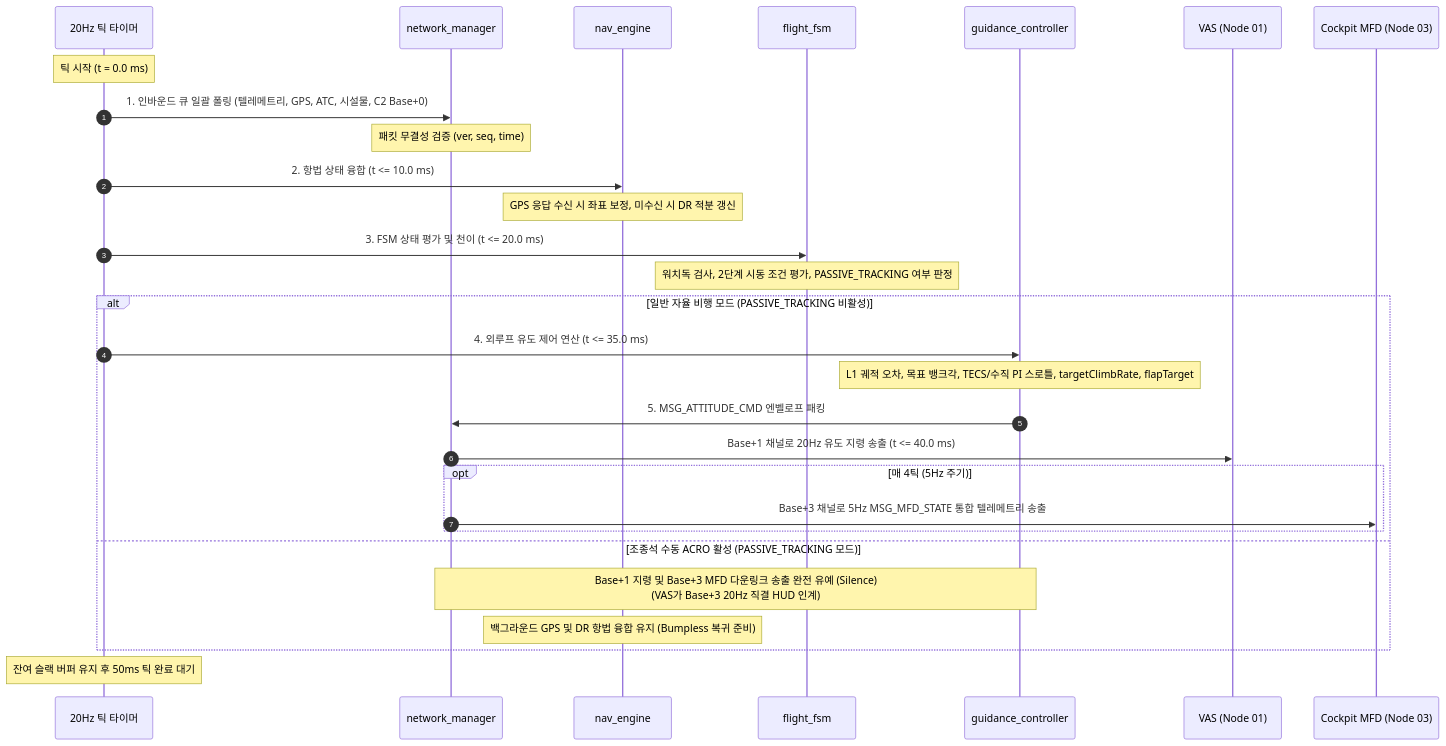
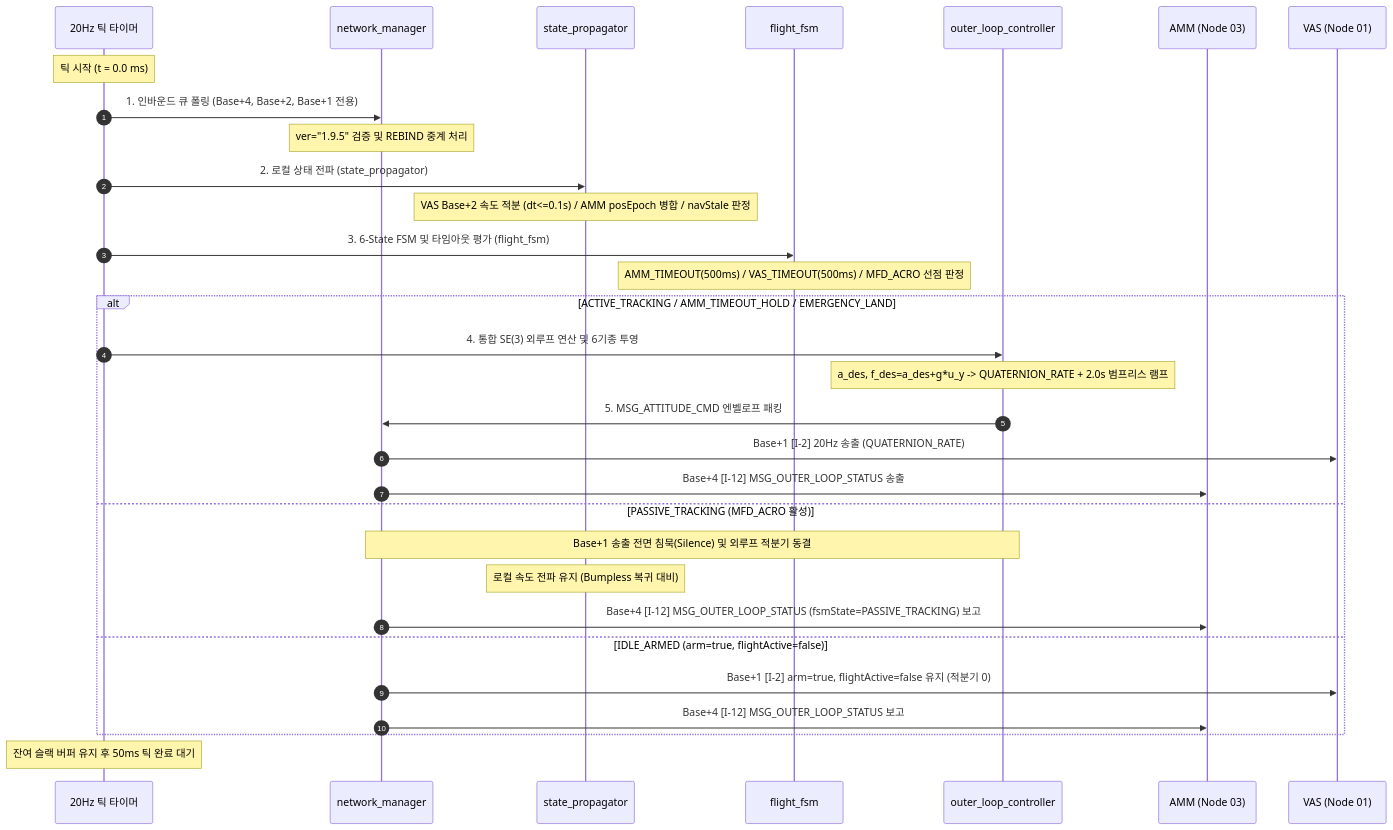
The third of 5 diagrams in docs/specs/2_guidance/fcp/FCP_PROGRAM_SPECIFICATION.md (Polimachi/Aeroneutics_Autopilot), drawn with Mermaid before and after one commit. The commit also changed other lines of this file and 18 other files, not shown here.

Commit message:
docs(specs): shrink FCP to SE(3) outer-loop and migrate gateway/nav/mission ownership to AMM (TASK-206)

````diff
--- a/docs/specs/2_guidance/fcp/FCP_PROGRAM_SPECIFICATION.md
+++ b/docs/specs/2_guidance/fcp/FCP_PROGRAM_SPECIFICATION.md
@@ -256,35 +216,37 @@
 ```mermaid
 sequenceDiagram
     autonumber
     participant T as 20Hz 틱 타이머
     participant N as network_manager
-    participant NV as nav_engine
+    participant P as state_propagator
     participant F as flight_fsm
-    participant G as guidance_controller
-    participant C as VAS (Node 01)
-    participant M as Cockpit MFD (Node 03)
+    participant O as outer_loop_controller
+    participant A as AMM (Node 03)
+    participant V as VAS (Node 01)
 
     Note over T: 틱 시작 (t = 0.0 ms)
-    T->>N: 1. 인바운드 큐 일괄 폴링 (텔레메트리, GPS, ATC, 시설물, C2 Base+0)
-    Note over N: 패킷 무결성 검증 (ver, seq, time)
+    T->>N: 1. 인바운드 큐 폴링 (Base+4, Base+2, Base+1 전용)
+    Note over N: ver="1.9.5" 검증 및 REBIND 중계 처리
 
-    T->>NV: 2. 항법 상태 융합 (t <= 10.0 ms)
-    Note over NV: GPS 응답 수신 시 좌표 보정, 미수신 시 DR 적분 갱신
+    T->>P: 2. 로컬 상태 전파 (state_propagator)
+    Note over P: VAS Base+2 속도 적분 (dt<=0.1s) / AMM posEpoch 병합 / navStale 판정
 
-    T->>F: 3. FSM 상태 평가 및 천이 (t <= 20.0 ms)
-    Note over F: 워치독 검사, 2단계 시동 조건 평가, PASSIVE_TRACKING 여부 판정
+    T->>F: 3. 6-State FSM 및 타임아웃 평가 (flight_fsm)
+    Note over F: AMM_TIMEOUT(500ms) / VAS_TIMEOUT(500ms) / MFD_ACRO 선점 판정
 
-    alt 일반 자율 비행 모드 (PASSIVE_TRACKING 비활성)
-        T->>G: 4. 외루프 유도 제어 연산 (t <= 35.0 ms)
-        Note over G: L1 궤적 오차, 목표 뱅크각, TECS/수직 PI 스로틀, targetClimbRate, flapTarget
-        G->>N: 5. MSG_ATTITUDE_CMD 엔벨로프 패킹
-        N->>C: Base+1 채널로 20Hz 유도 지령 송출 (t <= 40.0 ms)
-        opt 매 4틱 (5Hz 주기)
-            N->>M: Base+3 채널로 5Hz MSG_MFD_STATE 통합 텔레메트리 송출
-        end
-    else 조종석 수동 ACRO 활성 (PASSIVE_TRACKING 모드)
-        Note over G,N: Base+1 지령 및 Base+3 MFD 다운링크 송출 완전 유예 (Silence)<br/>(VAS가 Base+3 20Hz 직결 HUD 인계)
-        Note over NV: 백그라운드 GPS 및 DR 항법 융합 유지 (Bumpless 복귀 준비)
+    alt ACTIVE_TRACKING / AMM_TIMEOUT_HOLD / EMERGENCY_LAND
+        T->>O: 4. 통합 SE(3) 외루프 연산 및 6기종 투영
+        Note over O: a_des, f_des=a_des+g*u_y -> QUATERNION_RATE + 2.0s 범프리스 램프
+        O->>N: 5. MSG_ATTITUDE_CMD 엔벨로프 패킹
+        N->>V: Base+1 [I-2] 20Hz 송출 (QUATERNION_RATE)
+        N->>A: Base+4 [I-12] MSG_OUTER_LOOP_STATUS 송출
+    else PASSIVE_TRACKING (MFD_ACRO 활성)
+        Note over O,N: Base+1 송출 전면 침묵(Silence) 및 외루프 적분기 동결
+        Note over P: 로컬 속도 전파 유지 (Bumpless 복귀 대비)
+        N->>A: Base+4 [I-12] MSG_OUTER_LOOP_STATUS (fsmState=PASSIVE_TRACKING) 보고
+    else IDLE_ARMED (arm=true, flightActive=false)
+        N->>V: Base+1 [I-2] arm=true, flightActive=false 유지 (적분기 0)
+        N->>A: Base+4 [I-12] MSG_OUTER_LOOP_STATUS 보고
     end
     Note over T: 잔여 슬랙 버퍼 유지 후 50ms 틱 완료 대기
 ```
````
